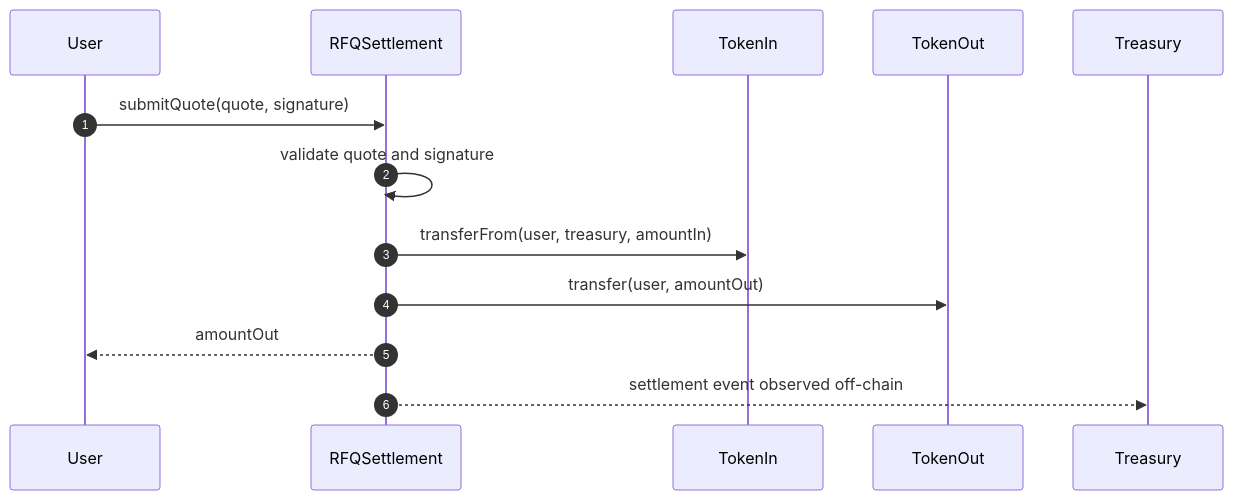
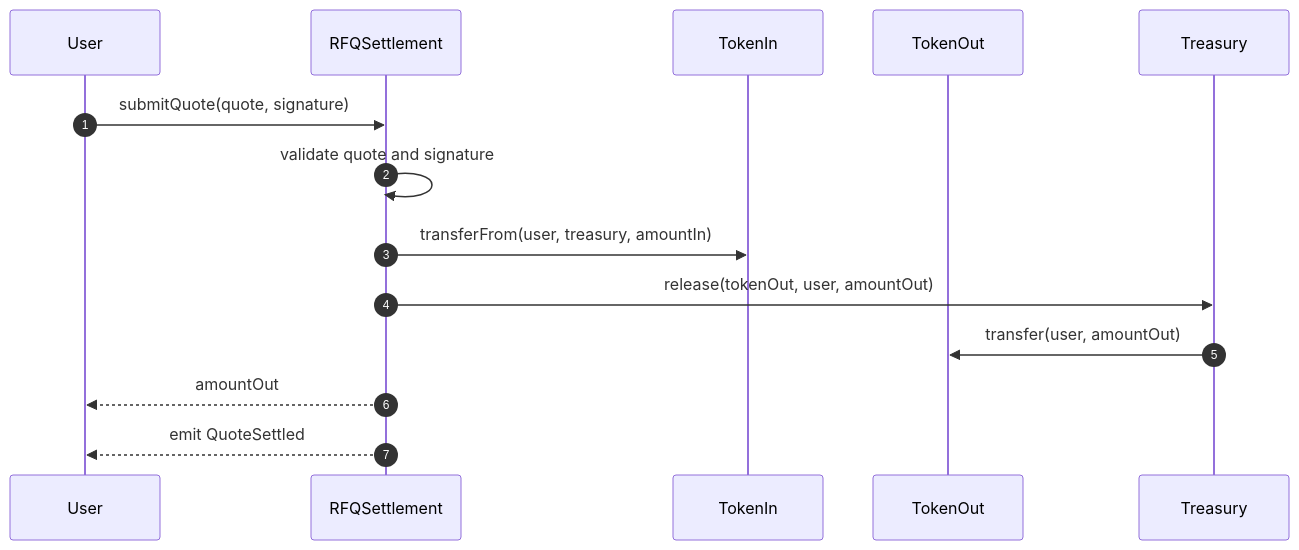
One commit to alvis-ai/production-grade-web3-rfq-market-maker changed the second of 3 diagrams in book/Volume4-SmartContracts/Chapter02-RFQSettlement.md. Above: the diagram before and after it, drawn with Mermaid. The commit also changed other lines of this file and 11 other files, not shown here.

````diff
--- a/book/Volume4-SmartContracts/Chapter02-RFQSettlement.md
+++ b/book/Volume4-SmartContracts/Chapter02-RFQSettlement.md
@@ -76,16 +76,17 @@
 ```mermaid
 sequenceDiagram
   autonumber
   participant U as User
   participant C as RFQSettlement
   participant In as TokenIn
   participant Out as TokenOut
   participant T as Treasury
 
   U->>C: submitQuote(quote, signature)
   C->>C: validate quote and signature
   C->>In: transferFrom(user, treasury, amountIn)
-  C->>Out: transfer(user, amountOut)
+  C->>T: release(tokenOut, user, amountOut)
+  T->>Out: transfer(user, amountOut)
   C-->>U: amountOut
-  C-->>T: settlement event observed off-chain
+  C-->>U: emit QuoteSettled
 ```
````
